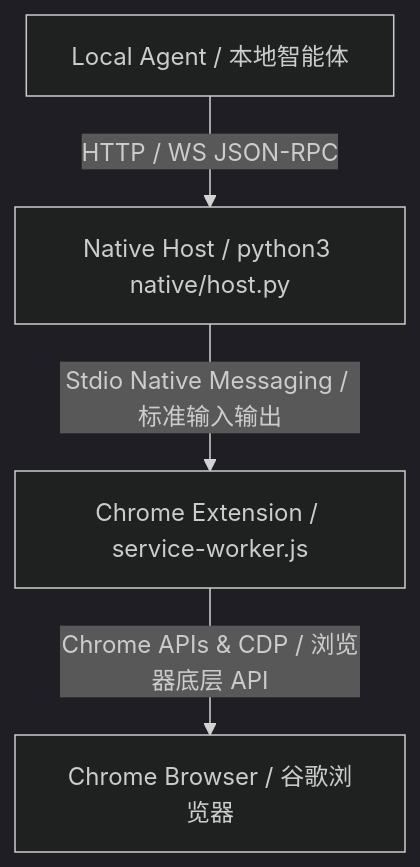
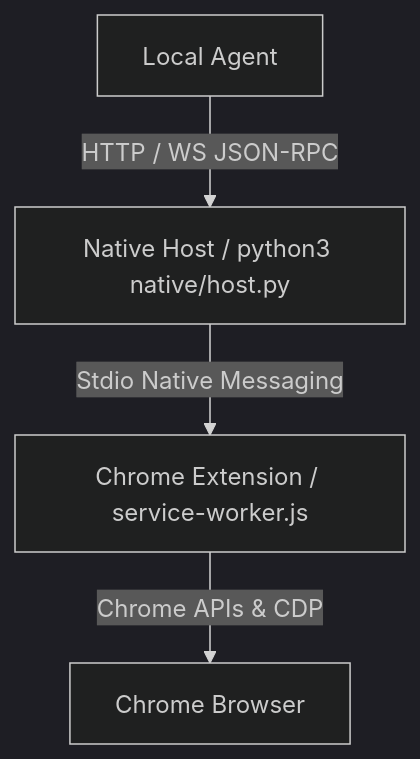
One commit to TNJ2026/browser-agent-bridge changed the diagram in README.md. Above: the diagram before and after it, drawn with Mermaid (dark theme). The commit also changed other lines of this file and 10 other files, not shown here.

Commit message:
feat: improve cross-platform native host setup

````diff
--- a/README.md
+++ b/README.md
@@ -26,6 +22,6 @@
 ```mermaid
 graph TD
-    Agent[Local Agent / 本地智能体] -->|HTTP / WS JSON-RPC| Host[Native Host / python3 native/host.py]
-    Host -->|Stdio Native Messaging / 标准输入输出| Ext[Chrome Extension / service-worker.js]
-    Ext -->|Chrome APIs & CDP / 浏览器底层 API| Browser[Chrome Browser / 谷歌浏览器]
+    Agent[Local Agent] -->|HTTP / WS JSON-RPC| Host[Native Host / python3 native/host.py]
+    Host -->|Stdio Native Messaging| Ext[Chrome Extension / service-worker.js]
+    Ext -->|Chrome APIs & CDP| Browser[Chrome Browser]
 ```
````
